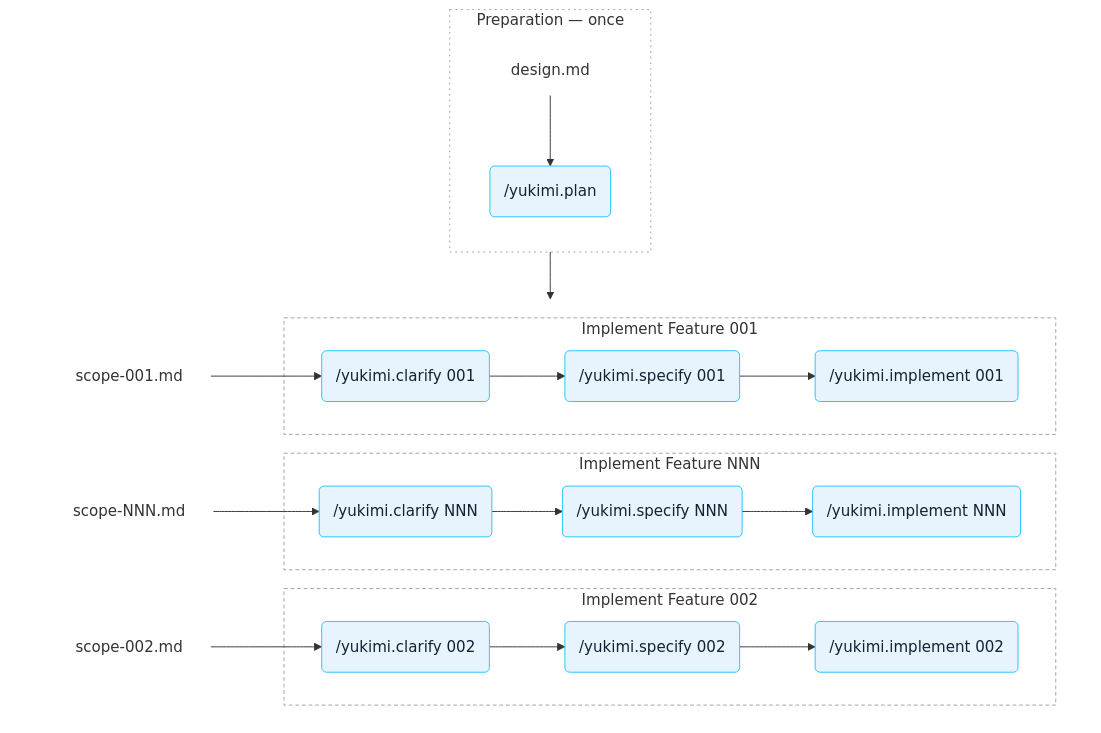
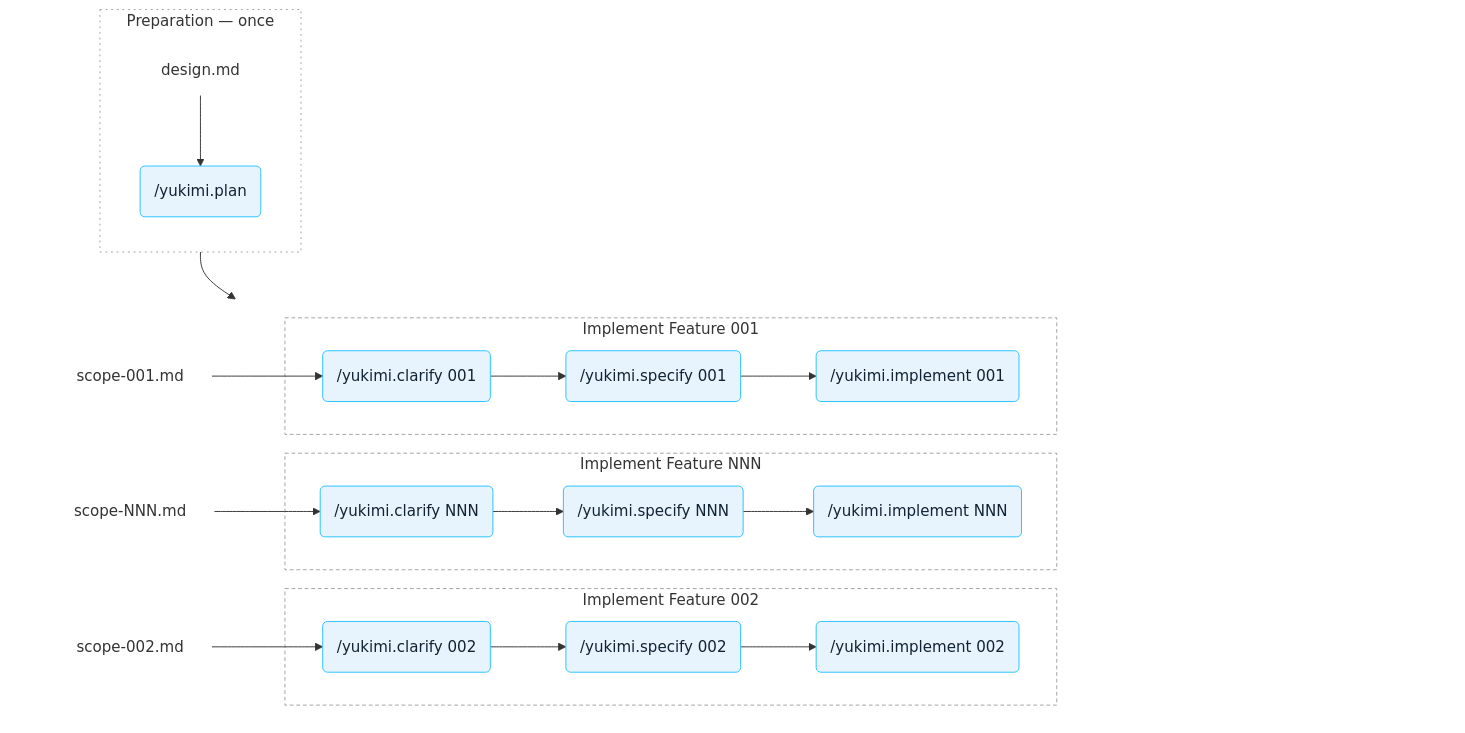
One commit to allianz/yukimi changed the diagram in CONTRIBUTING.md. Above: the diagram before and after it, drawn with Mermaid.

Commit message:
improved picture

````diff
--- a/CONTRIBUTING.md
+++ b/CONTRIBUTING.md
@@ -14,51 +14,54 @@
 ```mermaid
 flowchart TB
     %% Two stacked halves. Edges run box-to-box, never from an inner node to the outside: an edge
     %% out of an inner node makes mermaid drop that box's own `direction`, and the directions are
     %% what shape this diagram (design.md above /yukimi.plan, and the feature rows left to right).
     subgraph prep["Preparation — once"]
         direction TB
         design["design.md"] --> plan("/yukimi.plan")
     end
 
-    %% Invisible spacer, same rank as the Preparation box. Mermaid centres every rank, so without
-    %% something to its right the small Preparation box floats in the middle of the much wider
-    %% implementation half. Its text is transparent — only its width does any work, so add or
-    %% remove dots to nudge the box further left or right.
-    spacer["...................................................."]
+    %% Left alignment: mermaid centres every rank, so the Preparation box needs something to its
+    %% right to be pushed left. `spacer` is a transparent node — only its width does any work —
+    %% and the invisible `~~~` link is what pins it to the same rank as the box instead of letting
+    %% it float off on its own. Add or remove dots to nudge Preparation further left or right.
+    spacer["............................................................................................................................................................................................................................"]
 
+    %% Edge order decides the left-to-right order of the two sources: Preparation's edge comes
+    %% first, so it sits left and the spacer takes the room to its right.
     prep --> impl
+    spacer ~~~ impl
 
     %% Invisible grouping box. Rows are declared NNN-first because the last one renders on top.
     subgraph impl[" "]
         direction LR
 
         subgraph specn["Implement Feature NNN"]
             cn("/yukimi.clarify NNN") --> sn("/yukimi.specify NNN") --> imn("/yukimi.implement NNN")
         end
 
         subgraph spec2["Implement Feature 002"]
             c2("/yukimi.clarify 002") --> s2("/yukimi.specify 002") --> i2("/yukimi.implement 002")
         end
 
         subgraph spec1["Implement Feature 001"]
             c1("/yukimi.clarify 001") --> s1("/yukimi.specify 001") --> i1("/yukimi.implement 001")
         end
 
         scn["scope-NNN.md"] --> cn
         sc2["scope-002.md"] --> c2
         sc1["scope-001.md"] --> c1
     end
 
     classDef file fill:transparent,stroke:transparent,stroke-width:0
     classDef skill fill:#e8f4fd,stroke:#22c2ff,color:#123
     class design,scn,sc2,sc1 file
     class plan,cn,sn,imn,c2,s2,i2,c1,s1,i1 skill
 
     style prep fill:transparent,stroke:#9aa0a6,stroke-dasharray:2 4
     style spacer fill:transparent,stroke:transparent,color:transparent
     style impl fill:transparent,stroke:transparent
     style spec1 fill:transparent,stroke:#9aa0a6,stroke-dasharray:4 3
     style spec2 fill:transparent,stroke:#9aa0a6,stroke-dasharray:4 3
     style specn fill:transparent,stroke:#9aa0a6,stroke-dasharray:4 3
 ```
````
